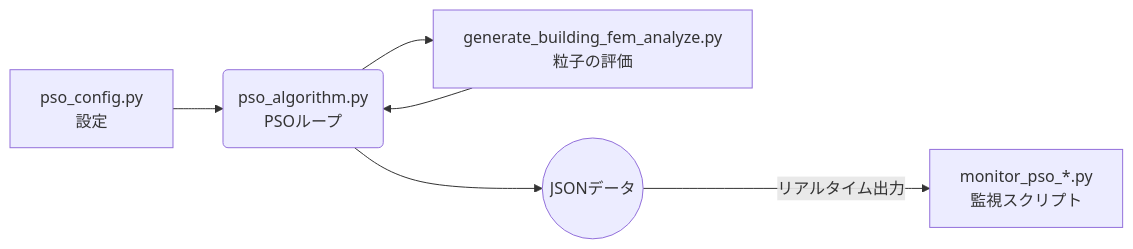
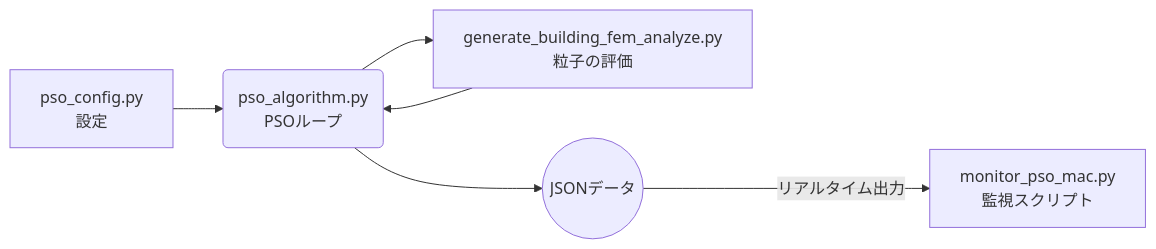
The diagram in docs/PSO_usage.md (jkushida/ai-arch), drawn with Mermaid before and after one commit. The commit also changed 1 other file, not shown here.

Commit message:
Remove asterisk from Mermaid diagram to fix syntax error 🔨
- Changed monitor_pso_*.py to monitor_pso_mac.py
- Asterisk character was causing Mermaid parsing error on GitHub Pages
- Now compatible with Mermaid version 10.9.3

````diff
--- a/docs/PSO_usage.md
+++ b/docs/PSO_usage.md
@@ -17,8 +17,8 @@
 ```mermaid
 graph LR
     A[pso_config.py<br/>設定] --> B(pso_algorithm.py<br/>PSOループ)
     B --> C[generate_building_fem_analyze.py<br/>粒子の評価]
     C --> B
 
-    B --> D((JSONデータ)) -- リアルタイム出力 --> E[monitor_pso_*.py<br/>監視スクリプト]
+    B --> D((JSONデータ)) -- リアルタイム出力 --> E[monitor_pso_mac.py<br/>監視スクリプト]
 ```
````
